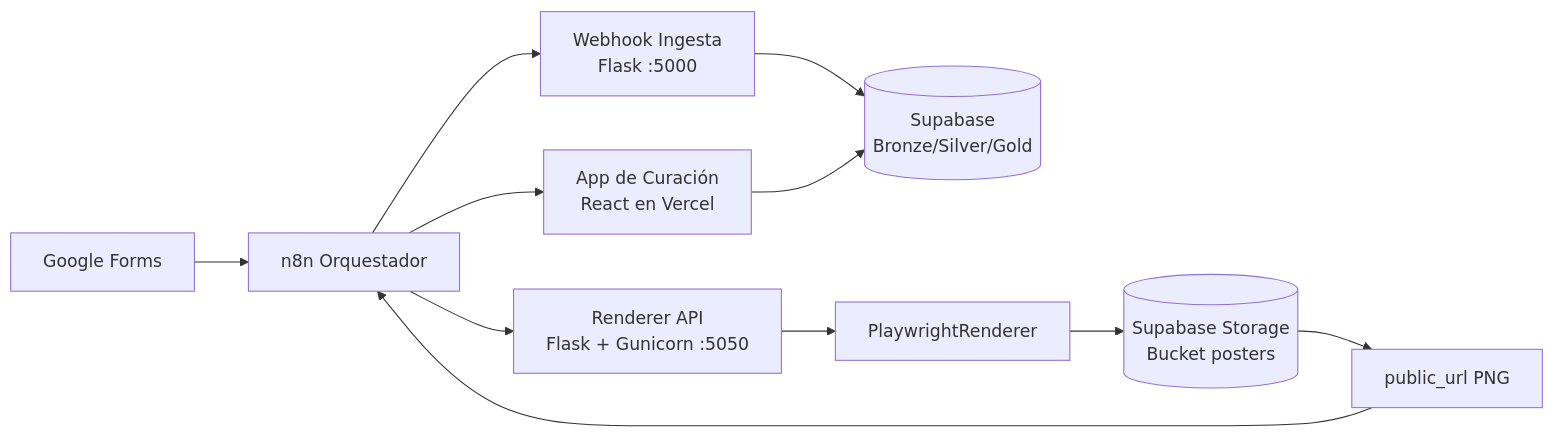
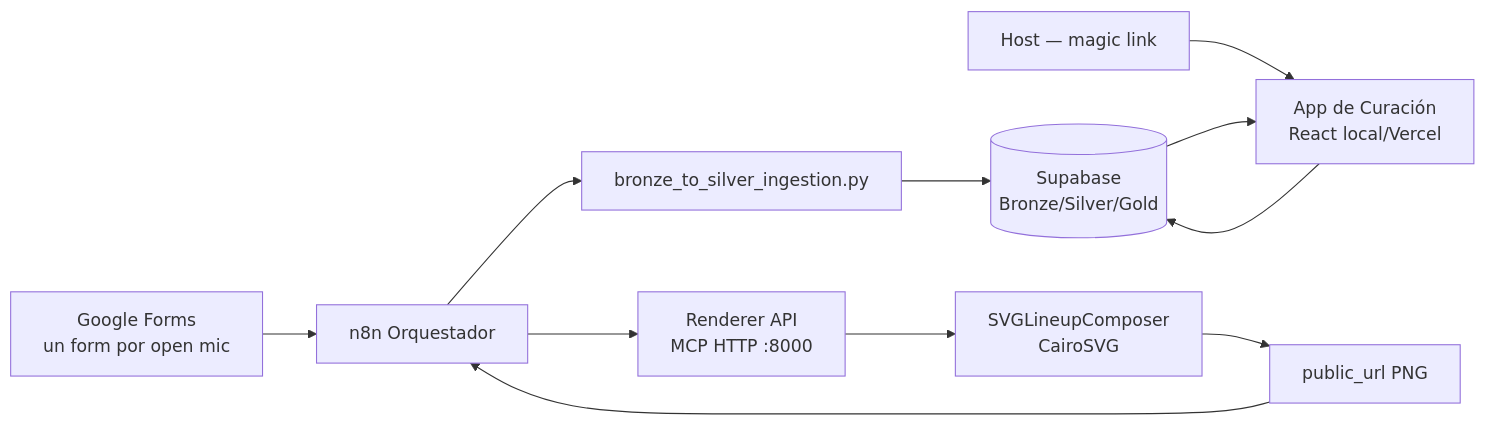
The diagram in README.md (SAfonso/recova-project), drawn with Mermaid before and after one commit. The commit also changed other lines of this file and 3 other files, not shown here.

````diff
--- a/README.md
+++ b/README.md
@@ -93,17 +100,18 @@
 ```mermaid
 flowchart LR
-    A[Google Forms] --> B[n8n Orquestador]
+    A[Google Forms\nun form por open mic] --> B[n8n Orquestador]
 
-    B --> C[Webhook Ingesta\nFlask :5000]
+    B --> C[bronze_to_silver_ingestion.py]
     C --> D[(Supabase\nBronze/Silver/Gold)]
 
-    B --> E[App de Curación\nReact en Vercel]
+    H[Host — magic link] --> E[App de Curación\nReact local/Vercel]
     E --> D
 
-    B --> F[Renderer API\nFlask + Gunicorn :5050]
-    F --> G[PlaywrightRenderer]
-    G --> H[(Supabase Storage\nBucket posters)]
-    H --> I[public_url PNG]
+    B --> F[Renderer API\nMCP HTTP :8000]
+    F --> G[SVGLineupComposer\nCairoSVG]
+    G --> I[public_url PNG]
 
     I --> B
+
+    D --> E
 ```
````
